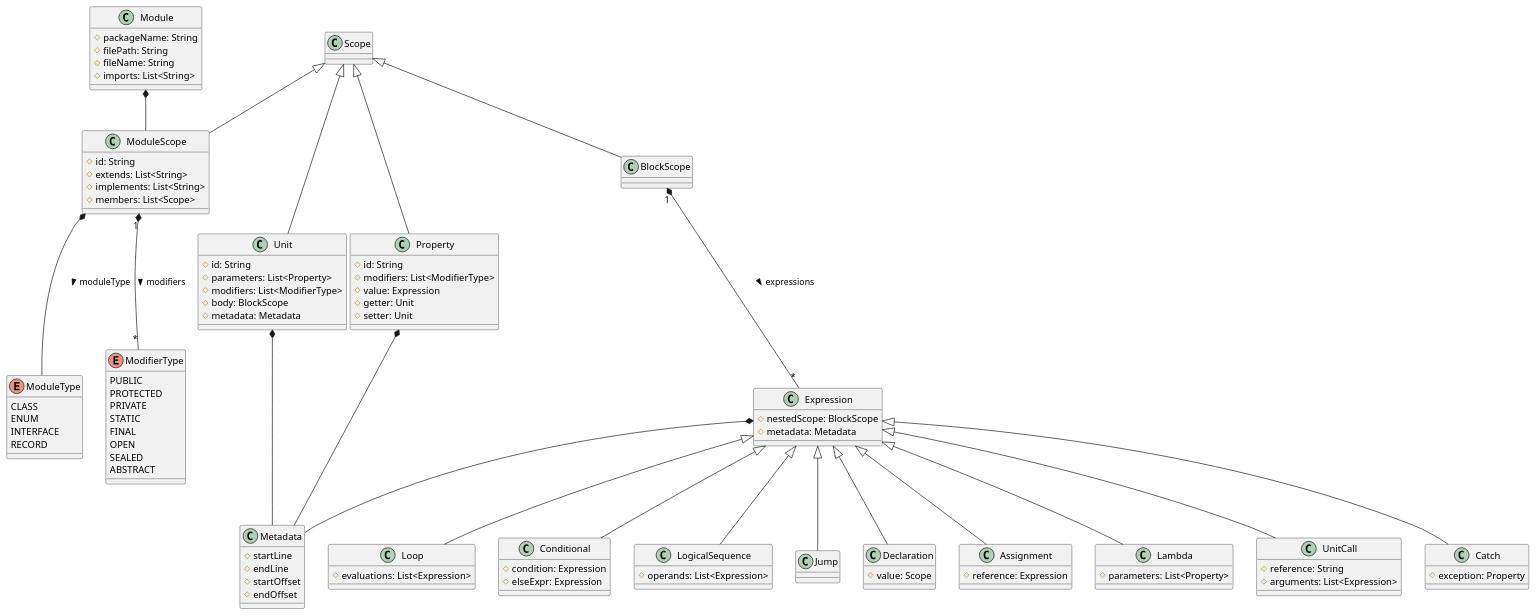
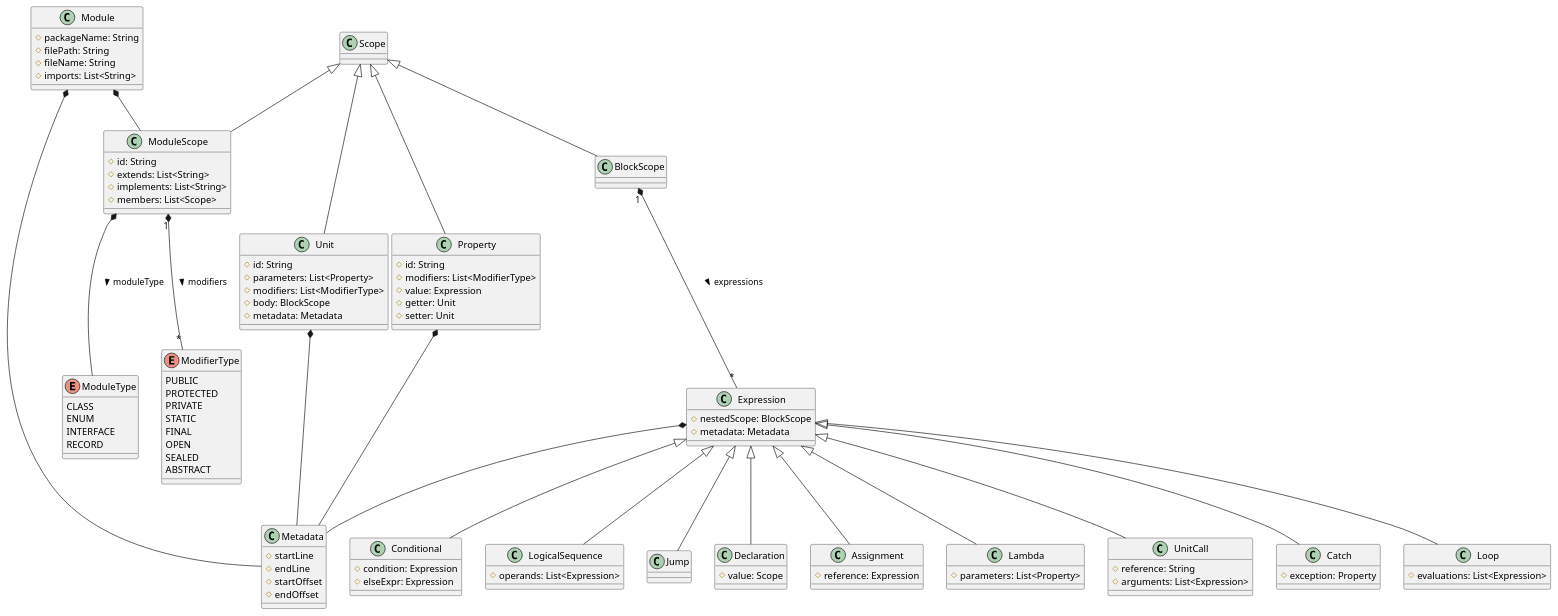
One commit to MarnickvdA/LAMP-Framework changed the diagram in docs/metamodel-v2-1.plantuml. Above: the diagram before and after it, drawn with PlantUML. The commit also changed 3 other files, not shown here.

Commit message:
Updated PlantUML Metamodel class diagram

```diff
--- a/docs/metamodel-v2-1.plantuml
+++ b/docs/metamodel-v2-1.plantuml
@@ -1,110 +1,111 @@
 @startuml
 class Module
 class Scope
 class ModuleScope
 class Unit
 class Property
 class Expression
 class BlockScope
 class Metadata
 
 class Loop
 class Conditional
 class LogicalSequence
 class Jump
 class Declaration
 class Assignment
 class Lambda
 class UnitCall
 
 enum ModuleType {
     CLASS
     ENUM
     INTERFACE
     RECORD
 }
 
 enum ModifierType {
     PUBLIC
     PROTECTED
     PRIVATE
     STATIC
     FINAL
     OPEN
     SEALED
     ABSTRACT
 }
 
 Module : # packageName: String
 Module : # filePath: String
 Module : # fileName: String
 Module : # imports: List<String>
 Module *-- ModuleScope
+Module *-- Metadata
 
 Scope <|-- ModuleScope
 Scope <|-- Unit
 Scope <|-- Property
 Scope <|-- BlockScope
 
 ModuleScope : # id: String
 ModuleScope : # extends: List<String>
 ModuleScope : # implements: List<String>
 ModuleScope : # members: List<Scope>
 ModuleScope "1" *-- "*" ModifierType : modifiers >
 ModuleScope *-- ModuleType : moduleType >
 
 Unit : # id: String
 Unit : # parameters: List<Property>
 Unit : # modifiers: List<ModifierType>
 Unit : # body: BlockScope
 Unit : # metadata: Metadata
 
 Property : # id: String
 Property : # modifiers: List<ModifierType>
 Property : # value: Expression
 Property : # getter: Unit
 Property : # setter: Unit
 
 BlockScope "1" *-- "*" Expression : expressions >
 
 Expression : # nestedScope: BlockScope
 Expression : # metadata: Metadata
 
 Expression <|-- Loop
 Expression <|-- Conditional
 Expression <|-- LogicalSequence
 Expression <|-- Jump
 Expression <|-- Declaration
 Expression <|-- Assignment
 Expression <|-- Lambda
 Expression <|-- UnitCall
 Expression <|-- Catch
 
 Catch : # exception: Property
 
 Loop : # evaluations: List<Expression>
 
 Conditional : # condition: Expression
 Conditional : # elseExpr: Expression
 
 LogicalSequence : # operands: List<Expression>
 
 Lambda : # parameters: List<Property>
 
 UnitCall : # reference: String
 UnitCall : # arguments: List<Expression>
 
 Declaration : # value: Scope
 
 Assignment : # reference: Expression
 
 Unit *-- Metadata
 Property *-- Metadata
 Expression *-- Metadata
 
 Metadata : # startLine
 Metadata : # endLine
 Metadata : # startOffset
 Metadata : # endOffset
 
 @enduml
```
